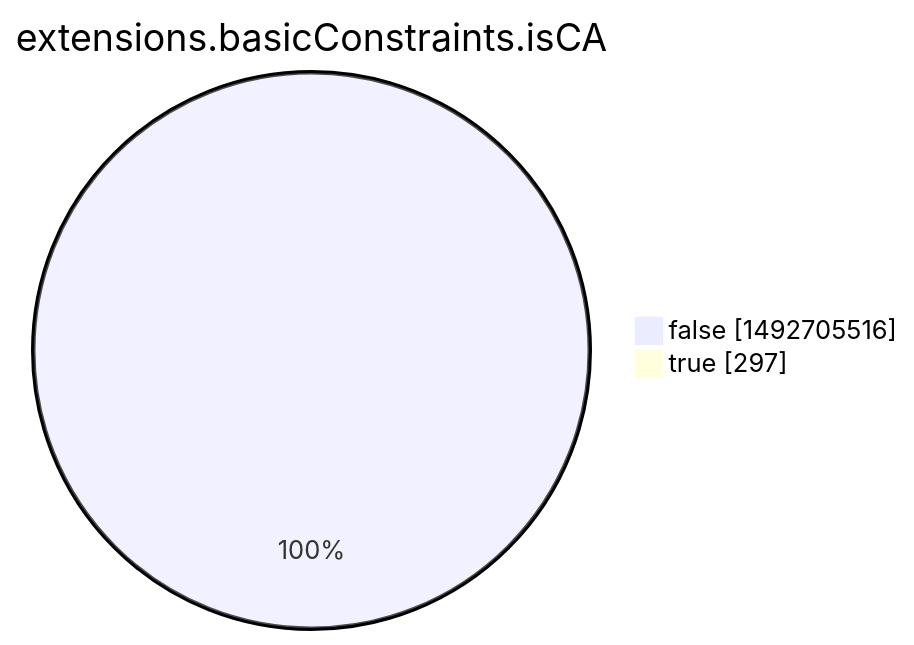
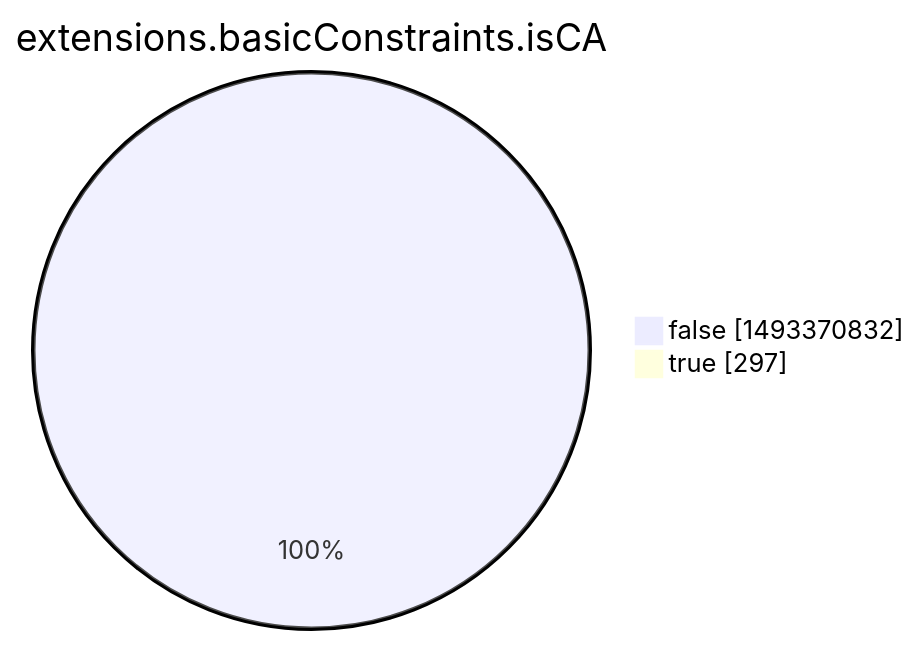
One commit to christiankrug/ctmonitor_visualization changed the eighth of 15 diagrams in argon2022/README.md. Above: the diagram before and after it, drawn with Mermaid. The commit also changed other lines of this file, not shown here.

````diff
--- a/argon2022/README.md
+++ b/argon2022/README.md
@@ -2760,6 +2760,6 @@
 ```mermaid
 pie showData
 title extensions.basicConstraints.isCA
-"false" :1492705516
+"false" :1493370832
 "true" :297
 ```
````
